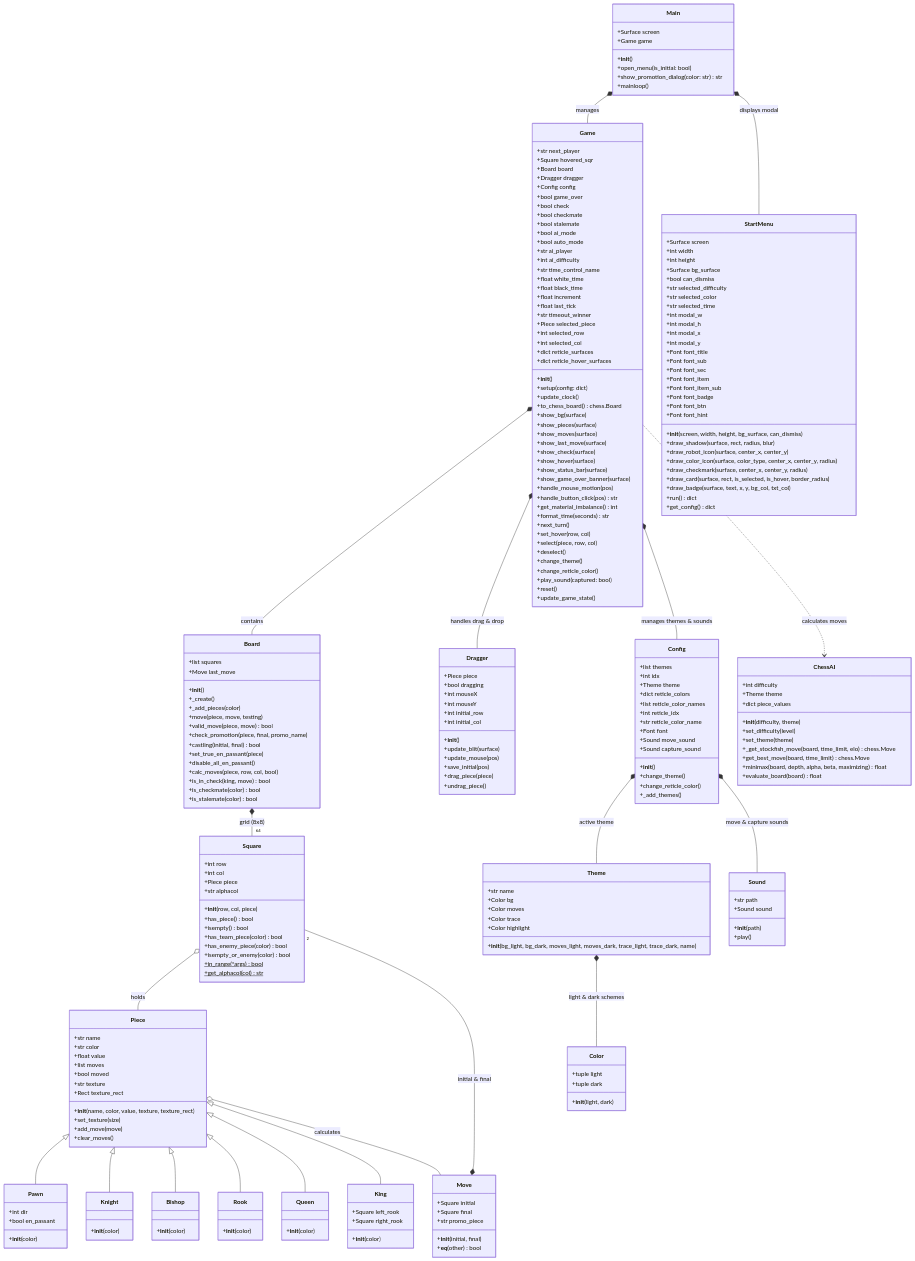
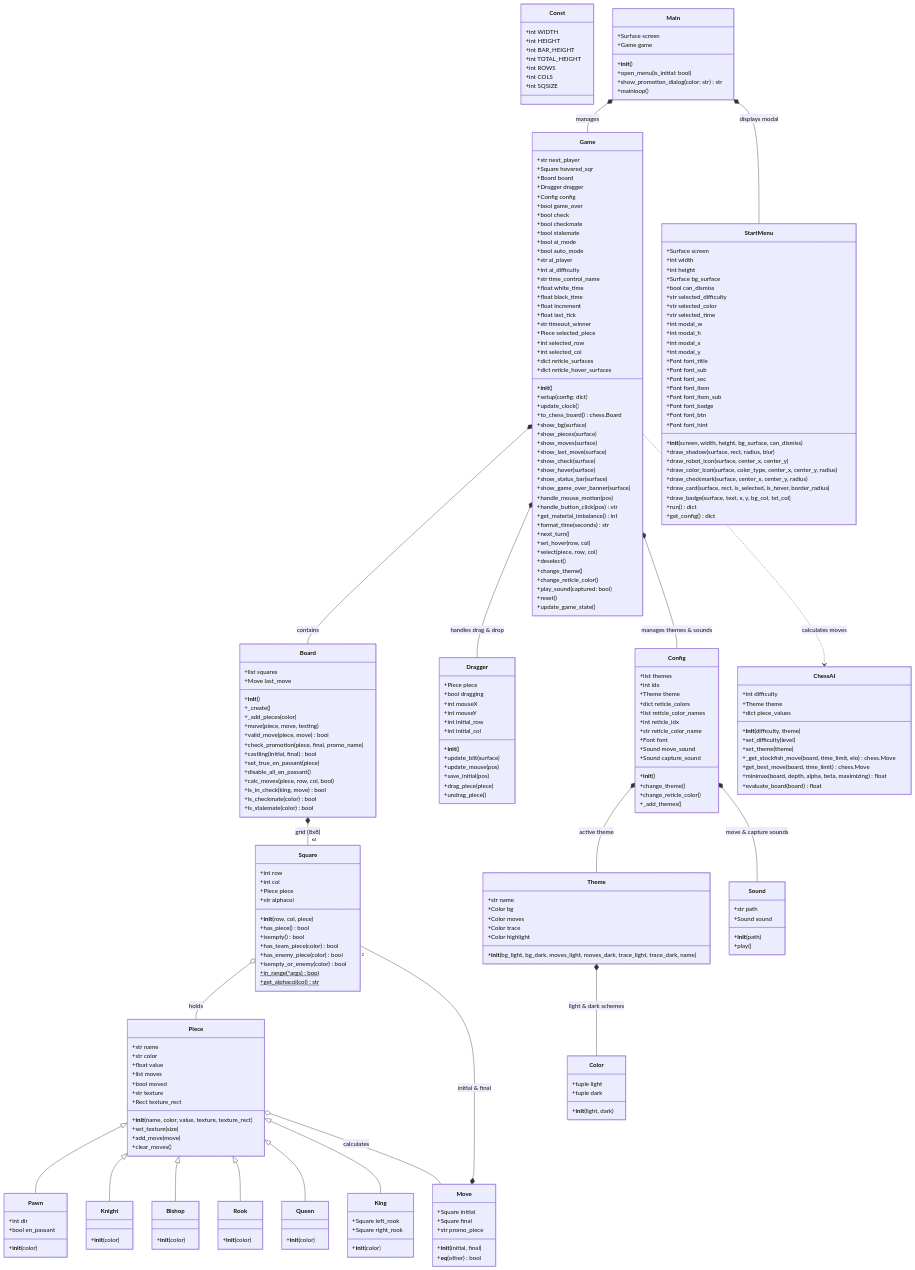
One commit to Rohitkumar-3103/Chess-AI changed the first of 2 diagrams in CLASS_DIAGRAM.md. Above: the diagram before and after it, drawn with Mermaid. The commit also changed other lines of this file and 6 other files, not shown here.

Commit message:
feat: modernize class diagrams, clean up capture reticle, and improve summary UI

````diff
--- a/CLASS_DIAGRAM.md
+++ b/CLASS_DIAGRAM.md
@@ -9,5 +19,15 @@
 ```mermaid
 classDiagram
+    class Const {
+        +int WIDTH
+        +int HEIGHT
+        +int BAR_HEIGHT
+        +int TOTAL_HEIGHT
+        +int ROWS
+        +int COLS
+        +int SQSIZE
+    }
+
     class Main {
         +Surface screen
         +Game game
````
